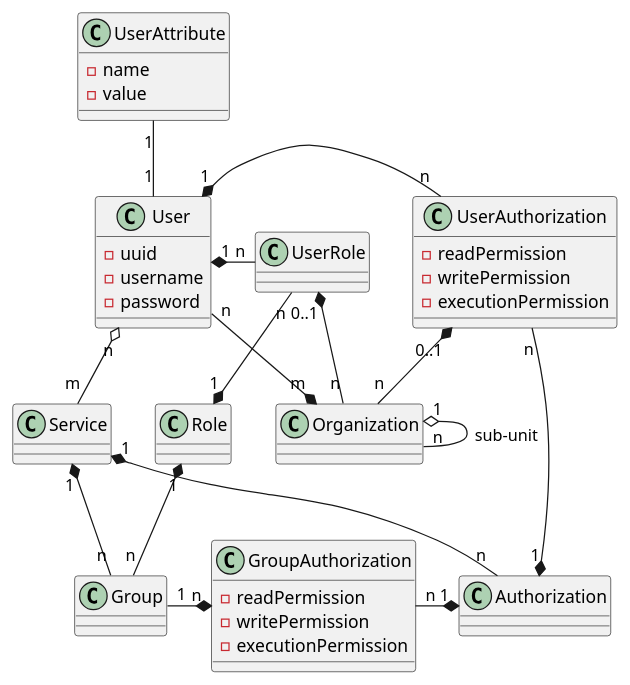
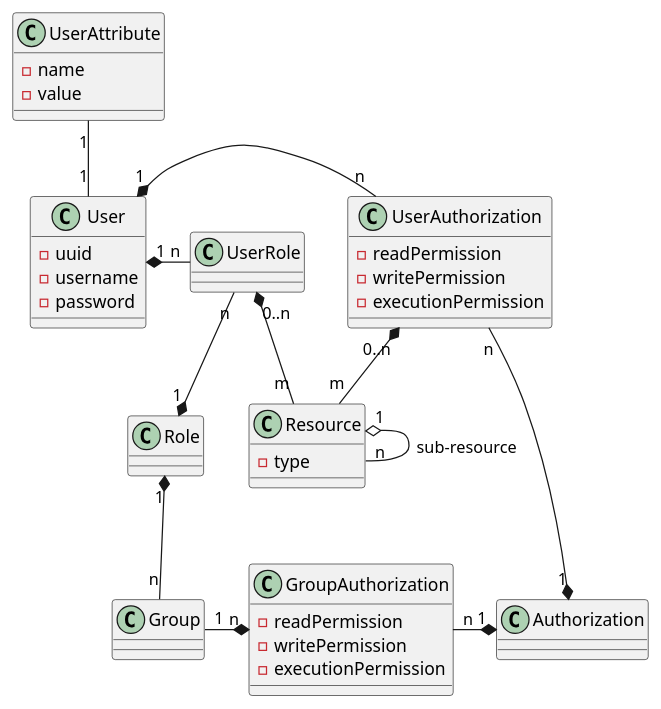
One commit to caratarse/caratarse-auth changed the diagram in caratarse-auth-model/src/main/docs/ModelDiagram.puml. Above: the diagram before and after it, drawn with PlantUML. The commit also changed 1 other file, not shown here.

Commit message:
Updated model diagram. Service and Organization collapsed into the more general Resource entity.

```diff
--- a/caratarse-auth-model/src/main/docs/ModelDiagram.puml
+++ b/caratarse-auth-model/src/main/docs/ModelDiagram.puml
@@ -1,54 +1,50 @@
 @startuml
 
 class User {
     -uuid
     -username
     -password
 }
 
 class Authorization 
 
 class UserAuthorization {
     -readPermission
     -writePermission
     -executionPermission
 }
 
 class GroupAuthorization {
     -readPermission
     -writePermission
     -executionPermission
 }
 
-class Service
-
 class Group
 
 class Role
 
 class UserAttribute {
     -name
     -value
 }
 
-class Organization
+class Resource {
+    -type
+}
 
 class UserRole
 
 User "1" *- "n" UserAuthorization
 UserAuthorization "n" --* "1" Authorization
-UserAuthorization "0..1" *-- "n" Organization
+UserAuthorization "0..n" *-- "m" Resource
 User "1" *- "n" UserRole
 UserRole "n" --* "1" Role
-UserRole "0..1" *-- "n" Organization
-User "n" o-- "m" Service
-Service "1" *-- "n" Authorization
-Service "1" *-- "n" Group
+UserRole "0..n" *-- "m" Resource
 Group "1" -* "n" GroupAuthorization
 GroupAuthorization "n" -* "1" Authorization
 Role "1" *-- "n" Group
 UserAttribute "1" -- "1" User
-Organization "m" *-- "n" User
-Organization "1" o-- "n" Organization : sub-unit
+Resource "1" o-- "n" Resource : sub-resource
 
 @enduml
```
